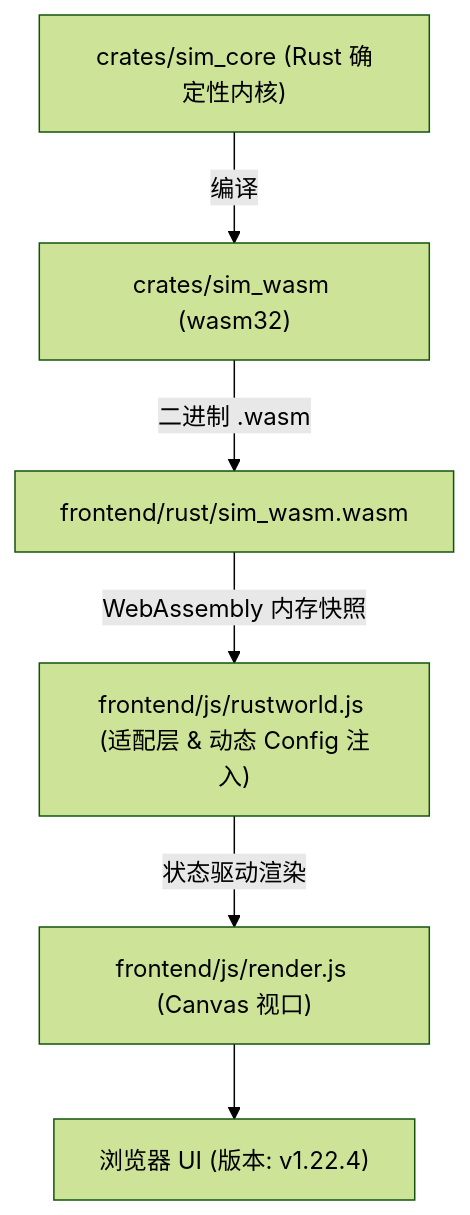
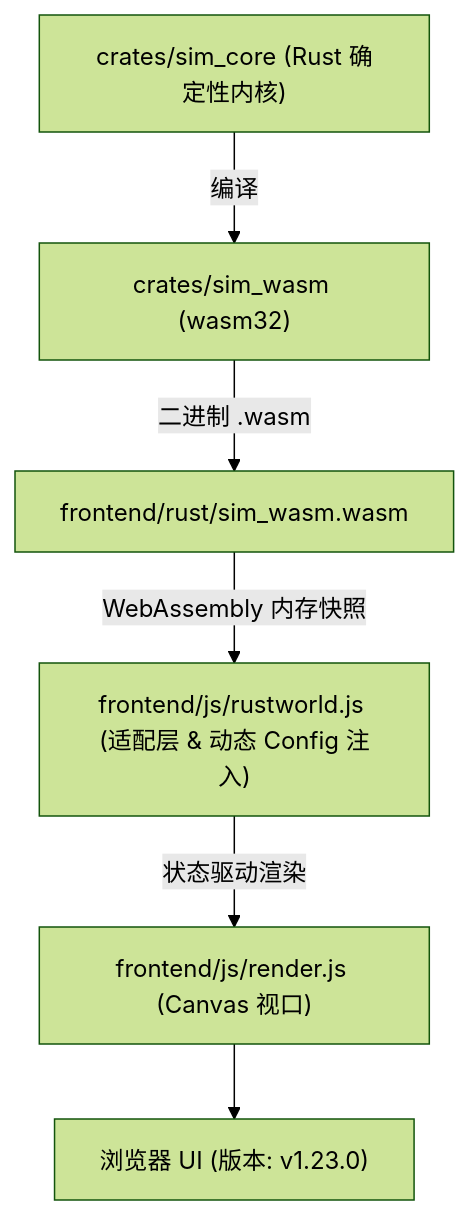
One commit to g39088902/FlowAndAccord changed the diagram in AGENTS.md. Above: the diagram before and after it, drawn with Mermaid (forest theme). The commit also changed other lines of this file and 22 other files, not shown here.

````diff
--- a/AGENTS.md
+++ b/AGENTS.md
@@ -51,8 +51,8 @@
 ```mermaid
 graph TD
     A["crates/sim_core (Rust 确定性内核)"] -->|编译| B["crates/sim_wasm (wasm32)"]
     B -->|二进制 .wasm| C["frontend/rust/sim_wasm.wasm"]
     C -->|WebAssembly 内存快照| D["frontend/js/rustworld.js (适配层 & 动态 Config 注入)"]
     D -->|状态驱动渲染| E["frontend/js/render.js (Canvas 视口)"]
-    E --> F["浏览器 UI (版本: v1.22.4)"]
+    E --> F["浏览器 UI (版本: v1.23.0)"]
 ```
````
